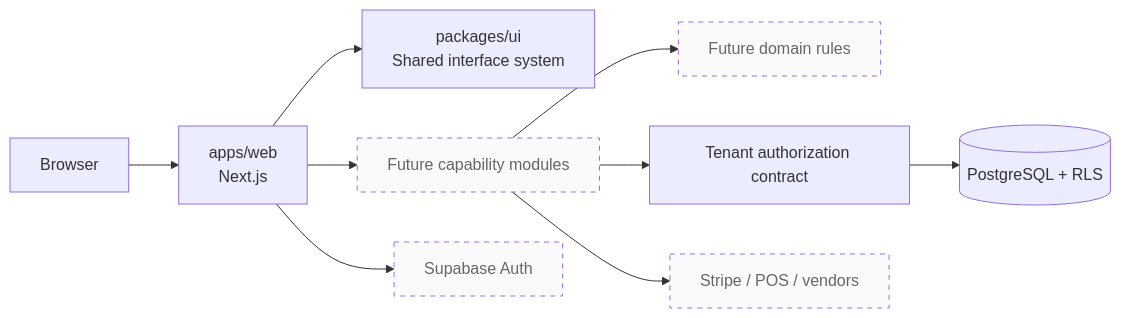
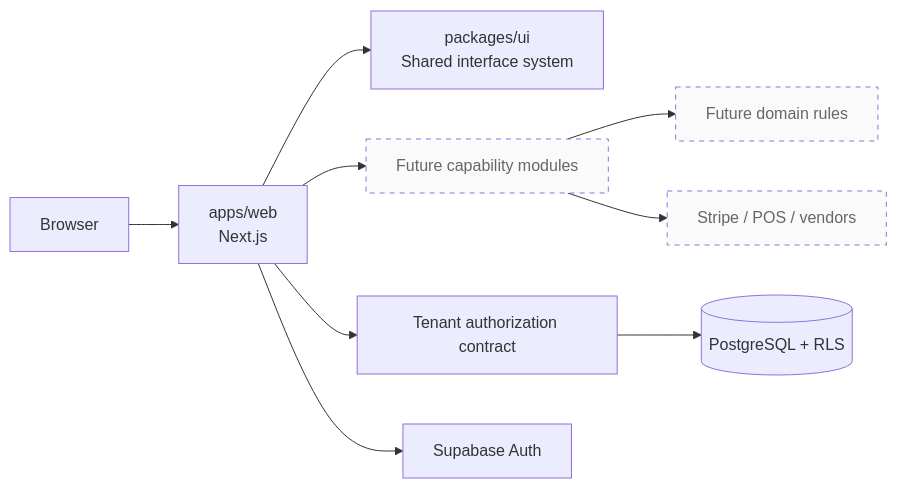
One commit to imprimisxo/MultiTenantFoodCost changed the first of 2 diagrams in docs/architecture.md. Above: the diagram before and after it, drawn with Mermaid. The commit also changed other lines of this file and 57 other files, not shown here.

````diff
--- a/docs/architecture.md
+++ b/docs/architecture.md
@@ -13,14 +13,14 @@
 ```mermaid
 flowchart LR
   Browser[Browser] --> Web[apps/web<br/>Next.js]
   Web --> UI[packages/ui<br/>Shared interface system]
   Web --> Modules[Future capability modules]
   Modules --> Domain[Future domain rules]
-  Modules --> Data[Tenant authorization contract]
+  Web --> Data[Tenant authorization contract]
   Data --> Postgres[(PostgreSQL + RLS)]
   Web --> Auth[Supabase Auth]
   Modules --> External[Stripe / POS / vendors]
 
   classDef future stroke-dasharray: 5 5,fill:#fafafa,color:#666;
-  class Modules,Domain,Auth,External future;
+  class Modules,Domain,External future;
 ```
````
